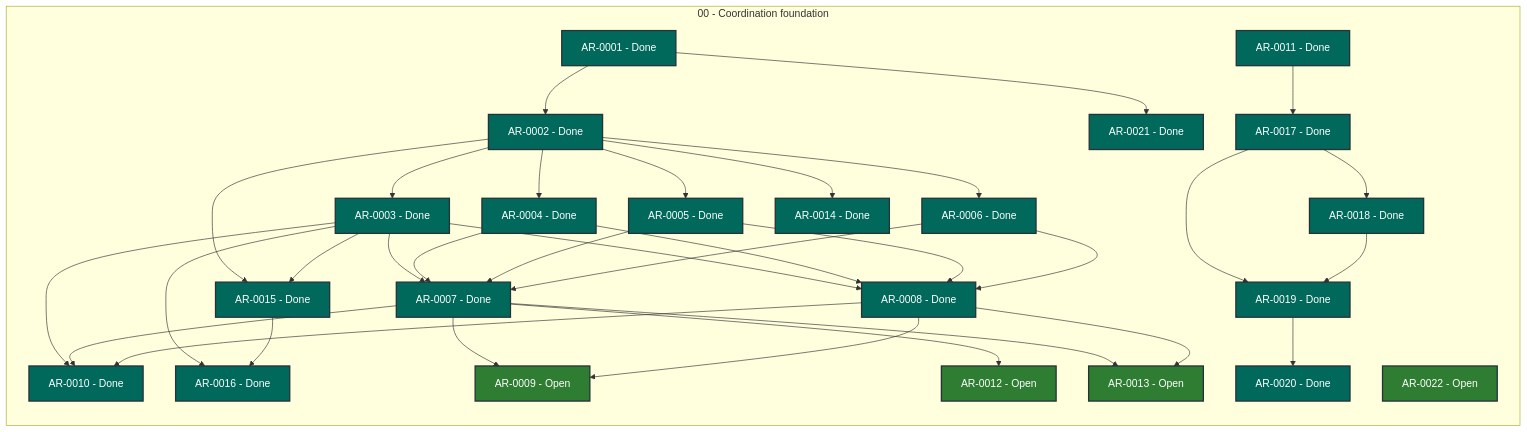
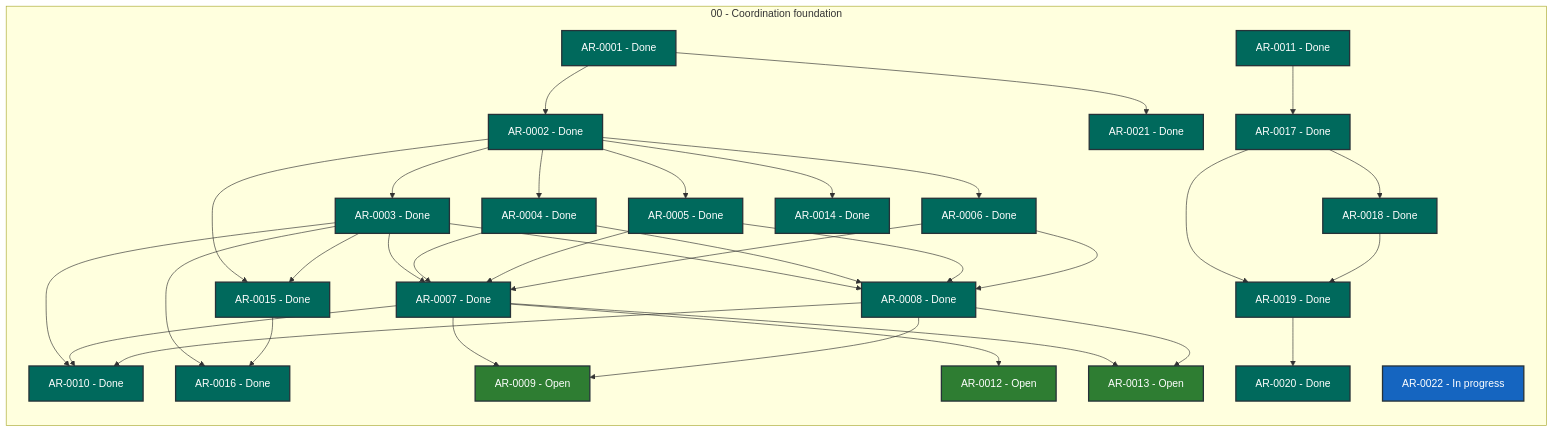
Before and after one commit to martin-beck/agent-workflow-coordinator-state: the diagram in STATUS.md, drawn with Mermaid. The commit also changed other lines of this file and 2 other files, not shown here.

````diff
--- a/STATUS.md
+++ b/STATUS.md
@@ -27,68 +27,68 @@
 ```mermaid
 flowchart LR
     subgraph series_00["00 - Coordination foundation"]
         direction TB
         AR_0001["AR-0001 - Done"]:::status_done
         AR_0002["AR-0002 - Done"]:::status_done
         AR_0003["AR-0003 - Done"]:::status_done
         AR_0004["AR-0004 - Done"]:::status_done
         AR_0005["AR-0005 - Done"]:::status_done
         AR_0006["AR-0006 - Done"]:::status_done
         AR_0007["AR-0007 - Done"]:::status_done
         AR_0008["AR-0008 - Done"]:::status_done
         AR_0009["AR-0009 - Open"]:::status_open
         AR_0010["AR-0010 - Done"]:::status_done
         AR_0011["AR-0011 - Done"]:::status_done
         AR_0012["AR-0012 - Open"]:::status_open
         AR_0013["AR-0013 - Open"]:::status_open
         AR_0014["AR-0014 - Done"]:::status_done
         AR_0015["AR-0015 - Done"]:::status_done
         AR_0016["AR-0016 - Done"]:::status_done
         AR_0017["AR-0017 - Done"]:::status_done
         AR_0018["AR-0018 - Done"]:::status_done
         AR_0019["AR-0019 - Done"]:::status_done
         AR_0020["AR-0020 - Done"]:::status_done
         AR_0021["AR-0021 - Done"]:::status_done
-        AR_0022["AR-0022 - Open"]:::status_open
+        AR_0022["AR-0022 - In progress"]:::status_in_progress
     end
     AR_0001 --> AR_0002
     AR_0001 --> AR_0021
     AR_0002 --> AR_0003
     AR_0002 --> AR_0004
     AR_0002 --> AR_0005
     AR_0002 --> AR_0006
     AR_0002 --> AR_0014
     AR_0002 --> AR_0015
     AR_0003 --> AR_0007
     AR_0003 --> AR_0008
     AR_0003 --> AR_0010
     AR_0003 --> AR_0015
     AR_0003 --> AR_0016
     AR_0004 --> AR_0007
     AR_0004 --> AR_0008
     AR_0005 --> AR_0007
     AR_0005 --> AR_0008
     AR_0006 --> AR_0007
     AR_0006 --> AR_0008
     AR_0007 --> AR_0009
     AR_0007 --> AR_0010
     AR_0007 --> AR_0012
     AR_0007 --> AR_0013
     AR_0008 --> AR_0009
     AR_0008 --> AR_0010
     AR_0008 --> AR_0013
     AR_0011 --> AR_0017
     AR_0015 --> AR_0016
     AR_0017 --> AR_0018
     AR_0017 --> AR_0019
     AR_0018 --> AR_0019
     AR_0019 --> AR_0020
     classDef status_in_progress fill:#1565c0,color:#ffffff,stroke:#263238,stroke-width:2px
     classDef status_open fill:#2e7d32,color:#ffffff,stroke:#263238,stroke-width:2px
     classDef status_blocked fill:#c62828,color:#ffffff,stroke:#263238,stroke-width:2px
     classDef status_planned fill:#6a1b9a,color:#ffffff,stroke:#263238,stroke-width:2px
     classDef status_future fill:#455a64,color:#ffffff,stroke:#263238,stroke-width:2px
     classDef status_done fill:#00695c,color:#ffffff,stroke:#263238,stroke-width:2px
     classDef status_cancelled fill:#616161,color:#ffffff,stroke:#263238,stroke-width:2px
     classDef status_superseded fill:#5d4037,color:#ffffff,stroke:#263238,stroke-width:2px
 ```
````
